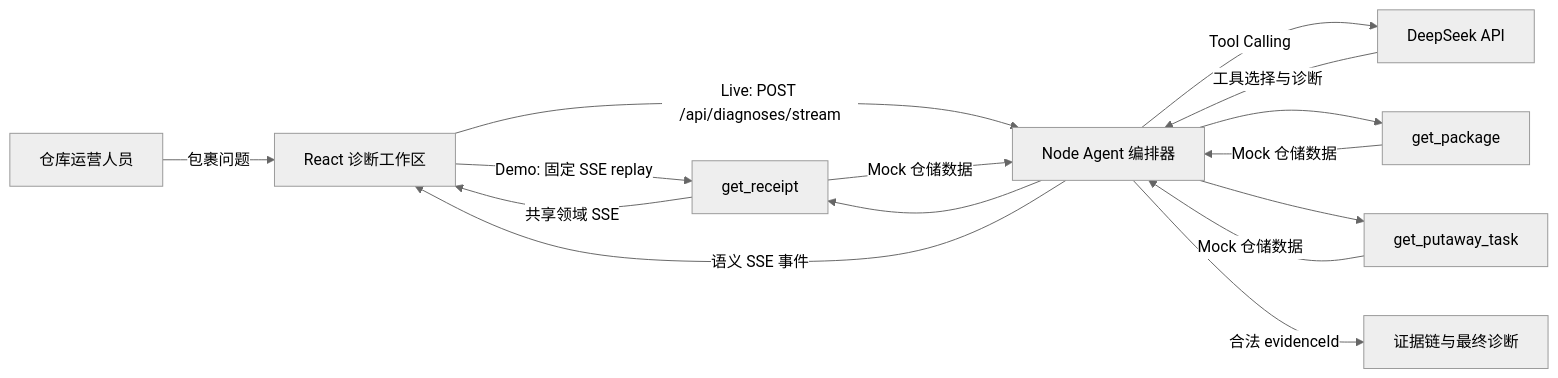
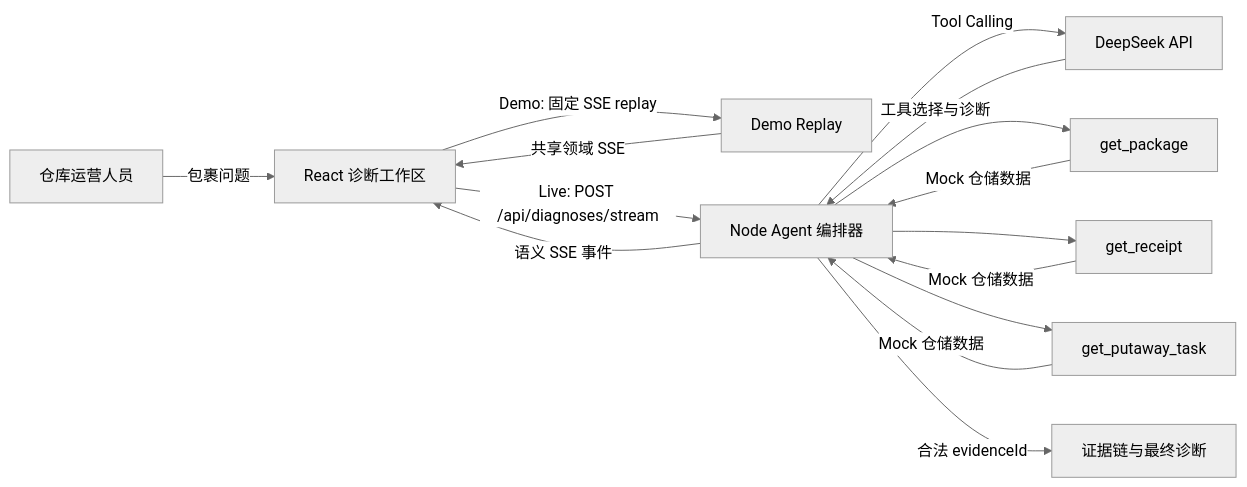
Before and after one commit to Leon-KTlan/pkg-exception-diagnosis-demo: the first of 2 diagrams in README.md, drawn with Mermaid (neutral theme). The commit also changed other lines of this file and 9 other files, not shown here.

````diff
--- a/README.md
+++ b/README.md
@@ -78,15 +88,15 @@
 ```mermaid
 flowchart LR
     U[仓库运营人员] -->|包裹问题| W[React 诊断工作区]
-    W -->|Demo: 固定 SSE replay| R[Demo Replay]
+    W -->|Demo: 固定 SSE replay| DR[Demo Replay]
     W -->|Live: POST /api/diagnoses/stream| A[Node Agent 编排器]
-    R -->|共享领域 SSE| W
+    DR -->|共享领域 SSE| W
     A -->|Tool Calling| D[DeepSeek API]
     D -->|工具选择与诊断| A
     A --> P[get_package]
     A --> R[get_receipt]
     A --> T[get_putaway_task]
     P & R & T -->|Mock 仓储数据| A
     A -->|语义 SSE 事件| W
     A -->|合法 evidenceId| E[证据链与最终诊断]
 ```
````
